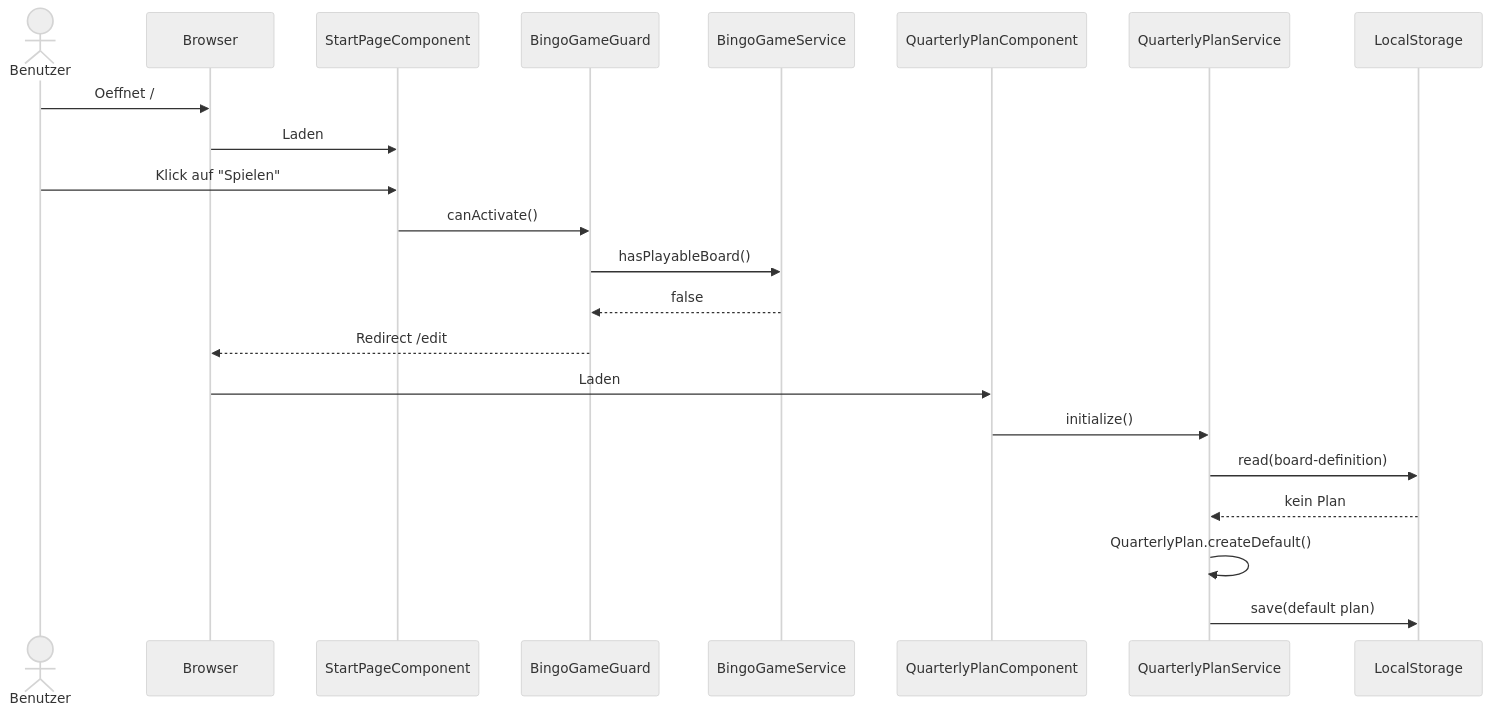
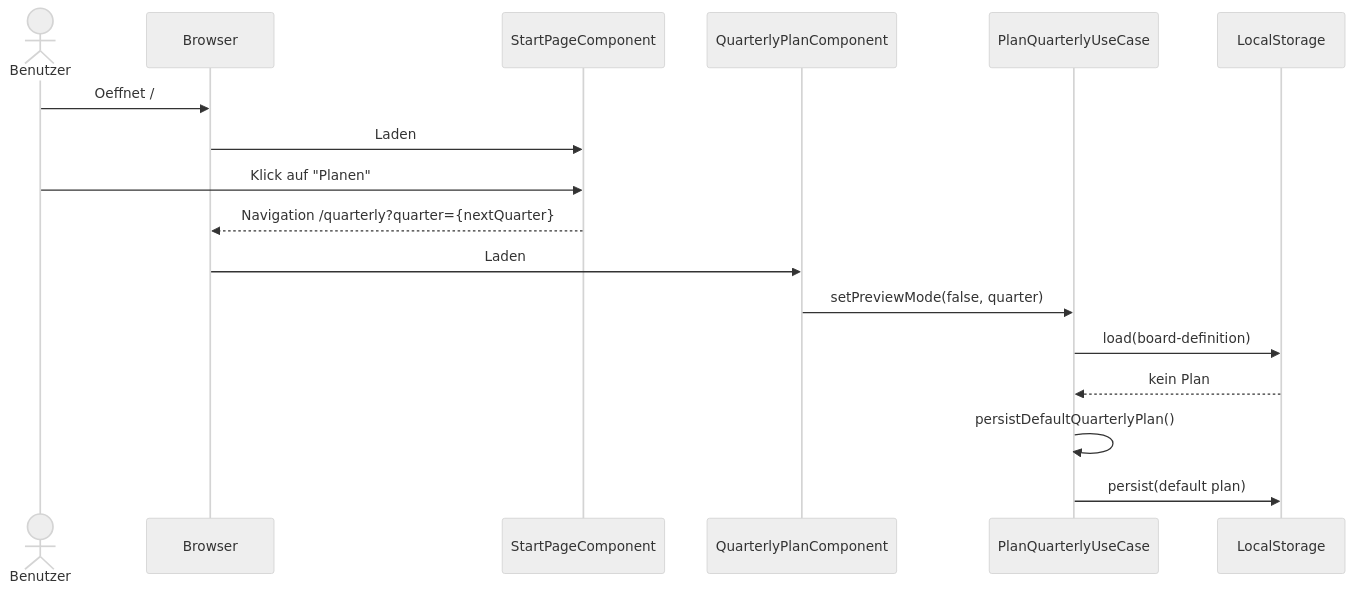
The eighth of 16 diagrams in docs/arc42.md (flingoflux/knitting-quarterly-bingo), drawn with Mermaid (neutral theme) before and after one commit. The commit also changed other lines of this file, not shown here.

````diff
--- a/docs/arc42.md
+++ b/docs/arc42.md
@@ -317,26 +294,21 @@
 ```mermaid
 sequenceDiagram
   actor Benutzer
   participant Browser
   participant SPC as StartPageComponent
-  participant BGG as BingoGameGuard
-  participant BGS as BingoGameService
-  participant BCC as QuarterlyPlanComponent
-  participant BCS as QuarterlyPlanService
+  participant QPC as QuarterlyPlanComponent
+  participant PQ as PlanQuarterlyUseCase
   participant LocalStorage
 
   Benutzer->>Browser: Oeffnet /
   Browser->>SPC: Laden
-  Benutzer->>SPC: Klick auf "Spielen"
-  SPC->>BGG: canActivate()
-  BGG->>BGS: hasPlayableBoard()
-  BGS-->>BGG: false
-  BGG-->>Browser: Redirect /edit
+  Benutzer->>SPC: Klick auf "Planen"
+  SPC-->>Browser: Navigation /quarterly?quarter={nextQuarter}
 
-  Browser->>BCC: Laden
-  BCC->>BCS: initialize()
-  BCS->>LocalStorage: read(board-definition)
-  LocalStorage-->>BCS: kein Plan
-  BCS->>BCS: QuarterlyPlan.createDefault()
-  BCS->>LocalStorage: save(default plan)
+  Browser->>QPC: Laden
+  QPC->>PQ: setPreviewMode(false, quarter)
+  PQ->>LocalStorage: load(board-definition)
+  LocalStorage-->>PQ: kein Plan
+  PQ->>PQ: persistDefaultQuarterlyPlan()
+  PQ->>LocalStorage: persist(default plan)
 ```
````
